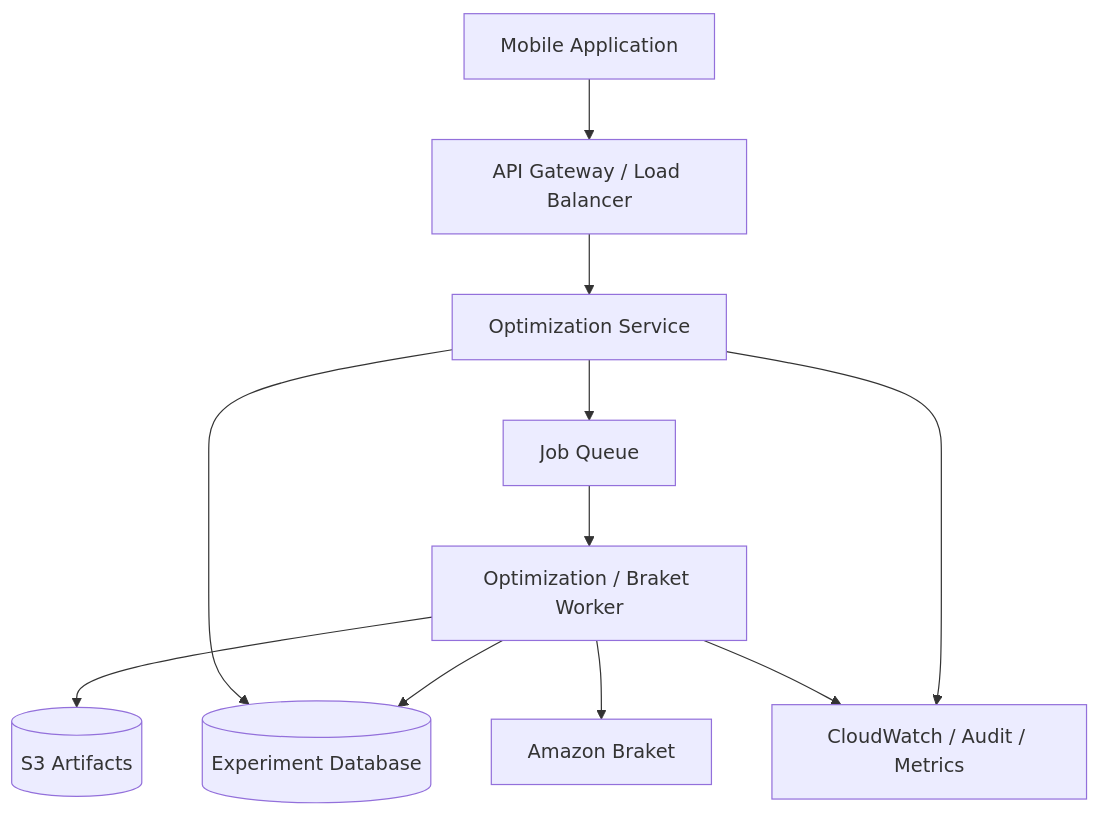
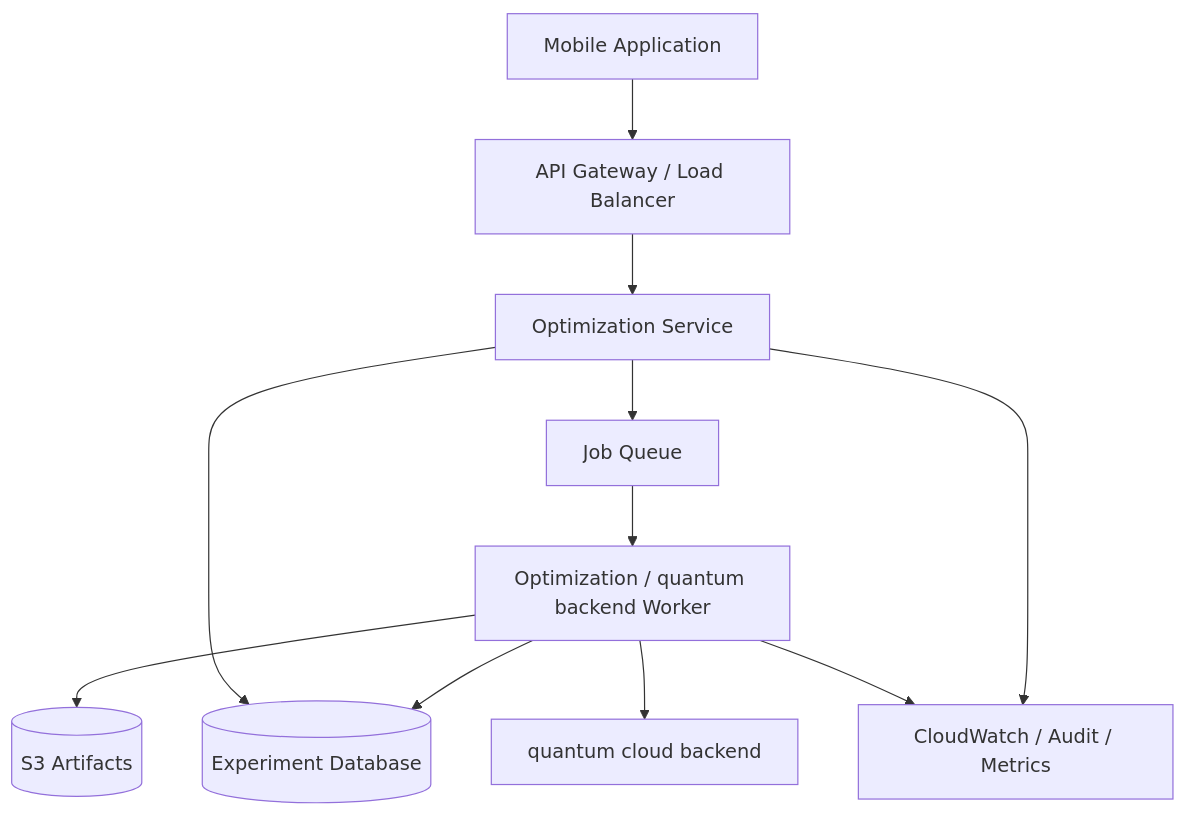
One commit to lucylow/quantum-roi-business changed diagram 12 of 17 in README.md. Above: the diagram before and after it, drawn with Mermaid. The commit also changed other lines of this file, not shown here.

````diff
--- a/README.md
+++ b/README.md
@@ -1998,23 +1993,23 @@
 ```mermaid
 flowchart TB
     APP[Mobile Application]
     GATEWAY[API Gateway / Load Balancer]
     API[Optimization Service]
     QUEUE[Job Queue]
-    WORKER[Optimization / Braket Worker]
+    WORKER[Optimization / quantum backend Worker]
     DB[(Experiment Database)]
     S3[(S3 Artifacts)]
-    BR[Amazon Braket]
+    BR[quantum cloud backend]
     OBS[CloudWatch / Audit / Metrics]
 
     APP --> GATEWAY
     GATEWAY --> API
     API --> QUEUE
     QUEUE --> WORKER
     WORKER --> DB
     WORKER --> S3
     WORKER --> BR
     API --> DB
     API --> OBS
     WORKER --> OBS
 ```
````
